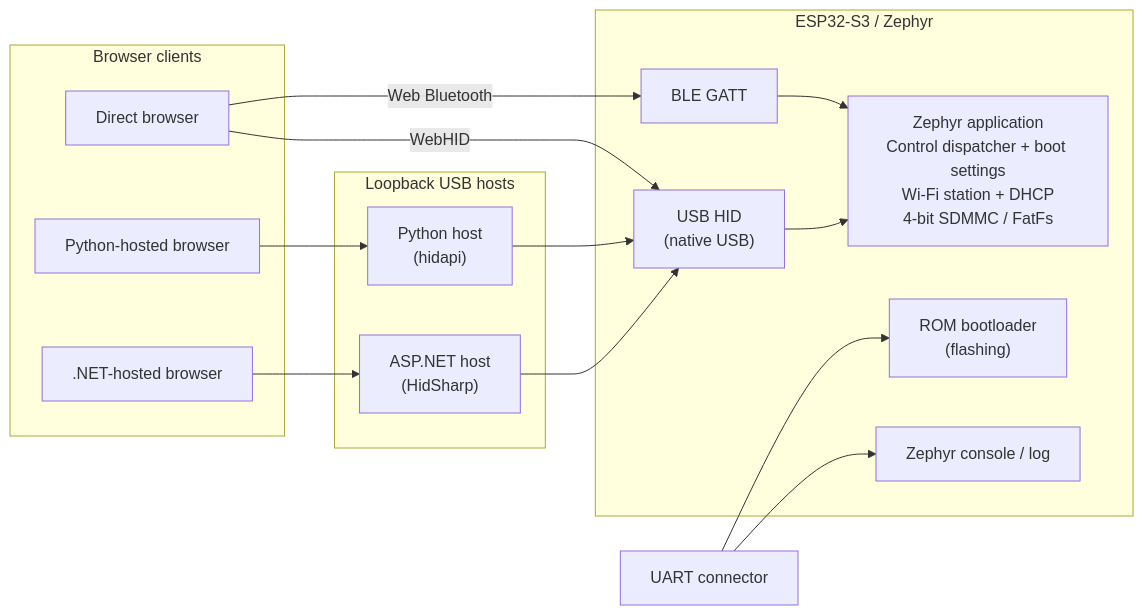
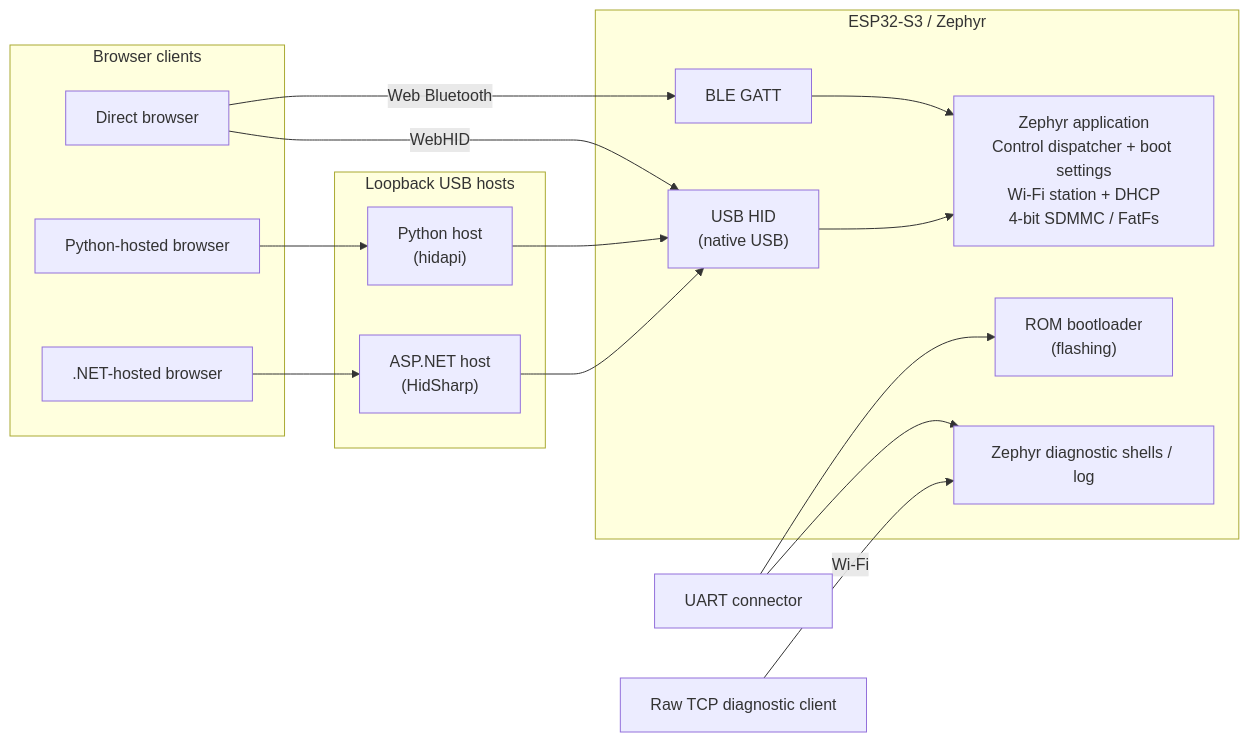
The diagram in docs/reference/architecture.md (djwinter29-oss/ESPForge), drawn with Mermaid before and after one commit. The commit also changed other lines of this file and 173 other files, not shown here.

````diff
--- a/docs/reference/architecture.md
+++ b/docs/reference/architecture.md
@@ -3,29 +3,30 @@
 ```mermaid
 flowchart LR
     subgraph Browsers["Browser clients"]
         Direct["Direct browser"]
         PythonBrowser["Python-hosted browser"]
         DotNetBrowser[".NET-hosted browser"]
     end
     subgraph Hosts["Loopback USB hosts"]
         PythonHost["Python host<br/>(hidapi)"]
         DotNetHost["ASP.NET host<br/>(HidSharp)"]
     end
     subgraph Device["ESP32-S3 / Zephyr"]
         USB["USB HID<br/>(native USB)"]
         BLE["BLE GATT"]
         App["Zephyr application<br/>Control dispatcher + boot settings<br/>Wi-Fi station + DHCP<br/>4-bit SDMMC / FatFs"]
-        Console["Zephyr console / log"]
+        Console["Zephyr diagnostic shells / log"]
         ROM["ROM bootloader<br/>(flashing)"]
     end
     UART["UART connector"]
 
     Direct -->|WebHID| USB
     PythonBrowser --> PythonHost --> USB
     DotNetBrowser --> DotNetHost --> USB
     Direct -->|Web Bluetooth| BLE
     USB --> App
     BLE --> App
     UART --> Console
     UART --> ROM
+    TCP["Raw TCP diagnostic client"] -->|Wi-Fi| Console
 ```
````
